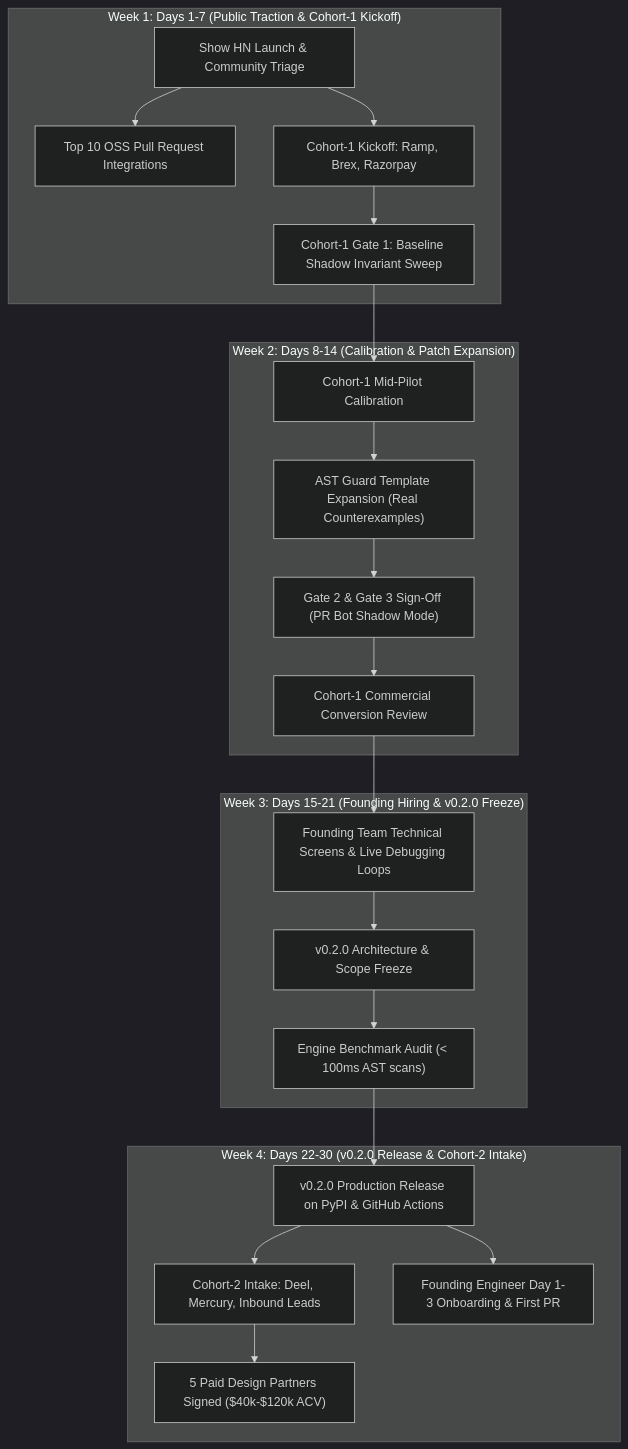
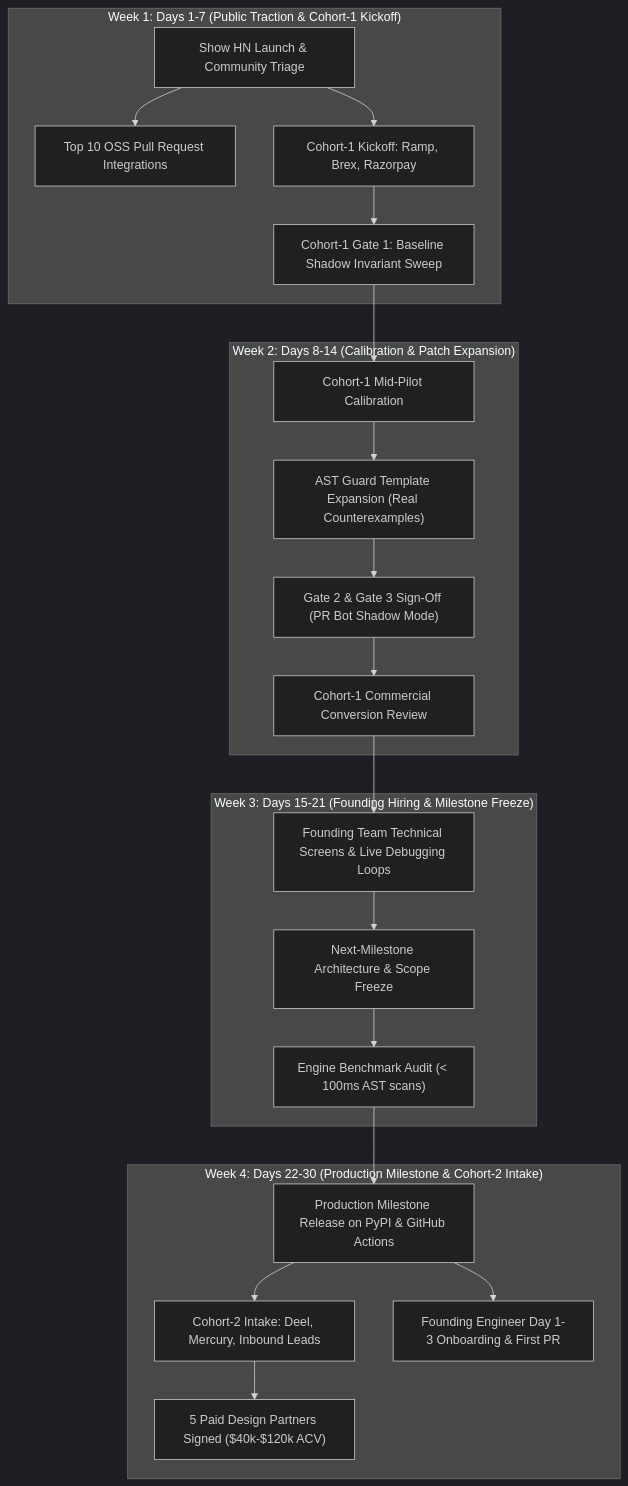
One commit to Somay-Saini/ayentra-ai changed the diagram in docs/post_launch_30_day_roadmap.md. Above: the diagram before and after it, drawn with Mermaid (dark theme). The commit also changed other lines of this file and 30 other files, not shown here.

````diff
--- a/docs/post_launch_30_day_roadmap.md
+++ b/docs/post_launch_30_day_roadmap.md
@@ -25,28 +25,28 @@
 ```mermaid
 flowchart TD
     subgraph W1["Week 1: Days 1-7 (Public Traction & Cohort-1 Kickoff)"]
         HN["Show HN Launch & Community Triage"] --> OSS10["Top 10 OSS Pull Request Integrations"]
         HN --> C1_KICK["Cohort-1 Kickoff: Ramp, Brex, Razorpay"]
         C1_KICK --> G1_EVAL["Cohort-1 Gate 1: Baseline Shadow Invariant Sweep"]
     end
 
     subgraph W2["Week 2: Days 8-14 (Calibration & Patch Expansion)"]
         G1_EVAL --> C1_CALIB["Cohort-1 Mid-Pilot Calibration"]
         C1_CALIB --> AST_EXP["AST Guard Template Expansion (Real Counterexamples)"]
         AST_EXP --> G2_VERIFY["Gate 2 & Gate 3 Sign-Off (PR Bot Shadow Mode)"]
         G2_VERIFY --> C1_REVIEW["Cohort-1 Commercial Conversion Review"]
     end
 
-    subgraph W3["Week 3: Days 15-21 (Founding Hiring & v0.2.0 Freeze)"]
+    subgraph W3["Week 3: Days 15-21 (Founding Hiring & Milestone Freeze)"]
         C1_REVIEW --> HIRE_LOOP["Founding Team Technical Screens & Live Debugging Loops"]
-        HIRE_LOOP --> SCOPE_FREEZE["v0.2.0 Architecture & Scope Freeze"]
+        HIRE_LOOP --> SCOPE_FREEZE["Next-Milestone Architecture & Scope Freeze"]
         SCOPE_FREEZE --> BENCH_PASS["Engine Benchmark Audit (< 100ms AST scans)"]
     end
 
-    subgraph W4["Week 4: Days 22-30 (v0.2.0 Release & Cohort-2 Intake)"]
-        BENCH_PASS --> V020_REL["v0.2.0 Production Release on PyPI & GitHub Actions"]
+    subgraph W4["Week 4: Days 22-30 (Production Milestone & Cohort-2 Intake)"]
+        BENCH_PASS --> V020_REL["Production Milestone Release on PyPI & GitHub Actions"]
         V020_REL --> C2_INTAKE["Cohort-2 Intake: Deel, Mercury, Inbound Leads"]
         V020_REL --> ENG_ONBOARD["Founding Engineer Day 1-3 Onboarding & First PR"]
         C2_INTAKE --> MILESTONE_5["5 Paid Design Partners Signed ($40k-$120k ACV)"]
     end
 ```
````
